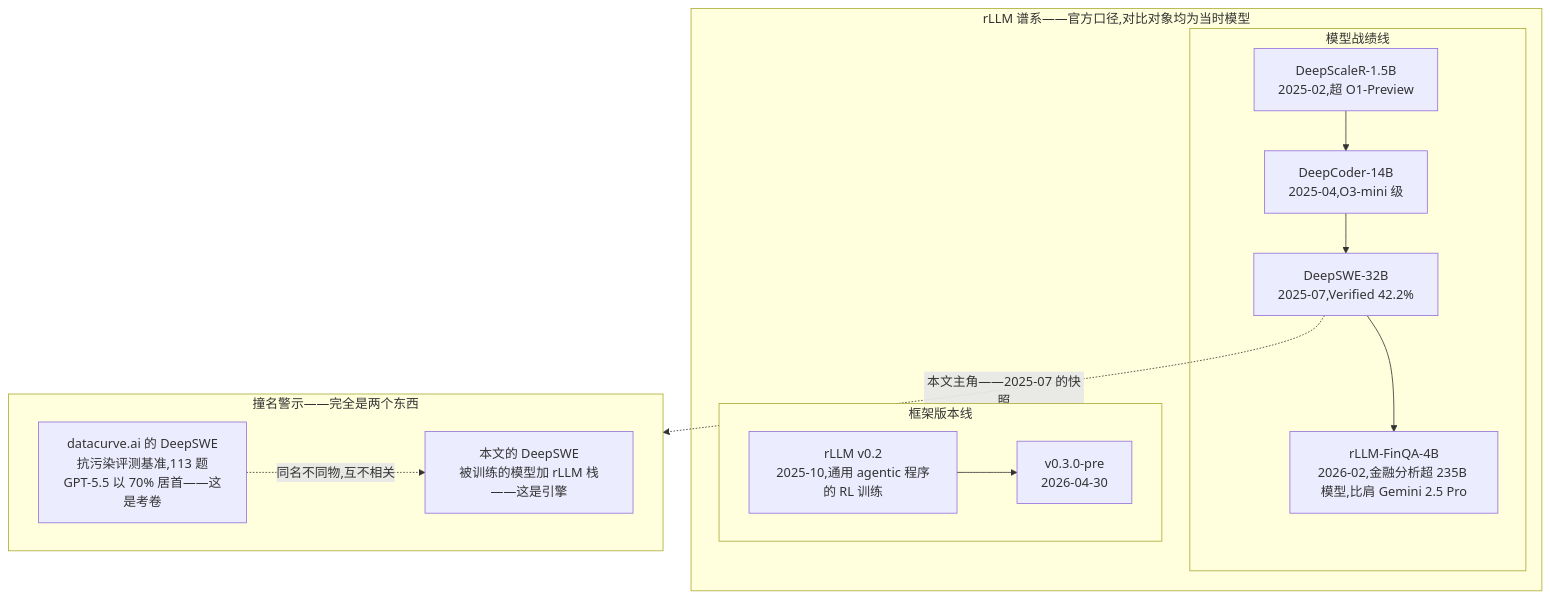
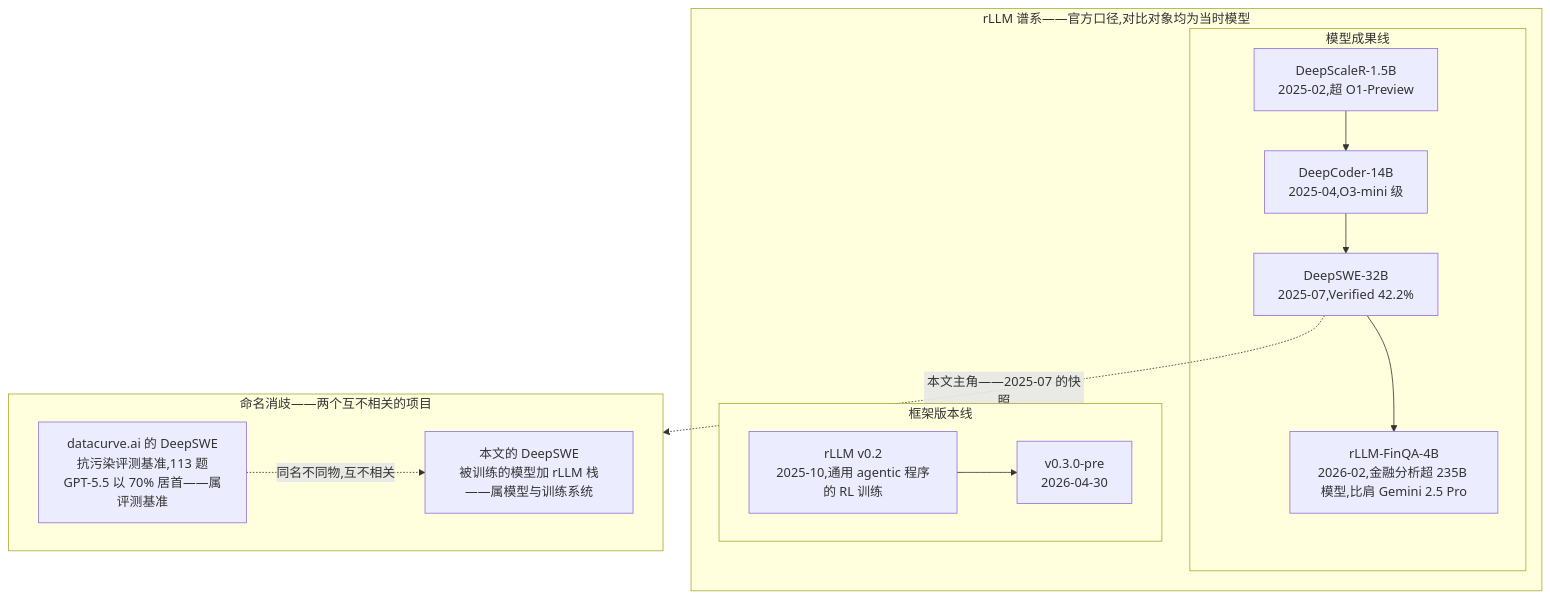
One commit to lloo099/mission44 changed the first of 5 diagrams in docs/blog/dispatch-22-deepswe-rllm.md. Above: the diagram before and after it, drawn with Mermaid. The commit also changed other lines of this file and 22 other files, not shown here.

````diff
--- a/docs/blog/dispatch-22-deepswe-rllm.md
+++ b/docs/blog/dispatch-22-deepswe-rllm.md
@@ -17,21 +17,21 @@
 ```mermaid
 flowchart TB
     subgraph LINE ["rLLM 谱系——官方口径,对比对象均为当时模型"]
-        subgraph MODELS ["模型战绩线"]
+        subgraph MODELS ["模型成果线"]
             A["DeepScaleR-1.5B<br>2025-02,超 O1-Preview"] --> B["DeepCoder-14B<br>2025-04,O3-mini 级"]
             B --> C["DeepSWE-32B<br>2025-07,Verified 42.2%"]
             C --> D["rLLM-FinQA-4B<br>2026-02,金融分析超 235B 模型,比肩 Gemini 2.5 Pro"]
         end
         subgraph FRAME ["框架版本线"]
             V2["rLLM v0.2<br>2025-10,通用 agentic 程序的 RL 训练"] --> V3["v0.3.0-pre<br>2026-04-30"]
         end
     end
 
     C -. "本文主角——2025-07 的快照" .-> WARN
 
-    subgraph WARN ["撞名警示——完全是两个东西"]
-        W1["datacurve.ai 的 DeepSWE<br>抗污染评测基准,113 题<br>GPT-5.5 以 70% 居首——这是考卷"]
-        W2["本文的 DeepSWE<br>被训练的模型加 rLLM 栈——这是引擎"]
+    subgraph WARN ["命名消歧——两个互不相关的项目"]
+        W1["datacurve.ai 的 DeepSWE<br>抗污染评测基准,113 题<br>GPT-5.5 以 70% 居首——属评测基准"]
+        W2["本文的 DeepSWE<br>被训练的模型加 rLLM 栈——属模型与训练系统"]
         W1 -. "同名不同物,互不相关" .-> W2
     end
 ```
````
